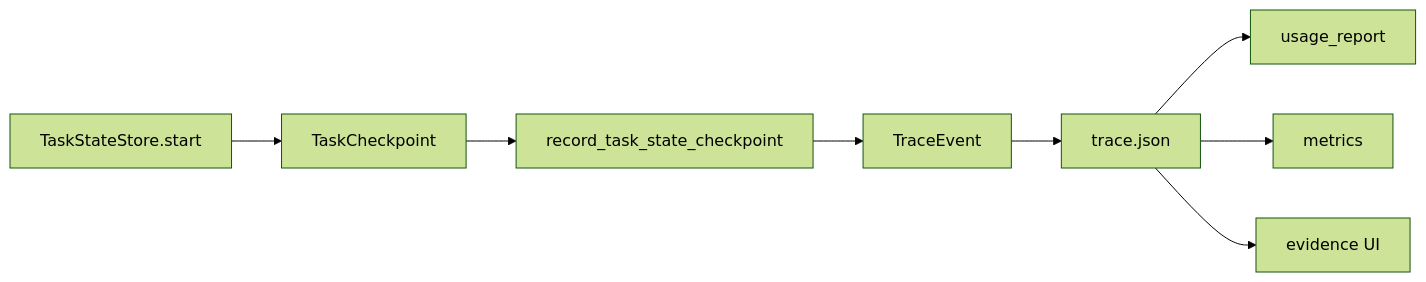
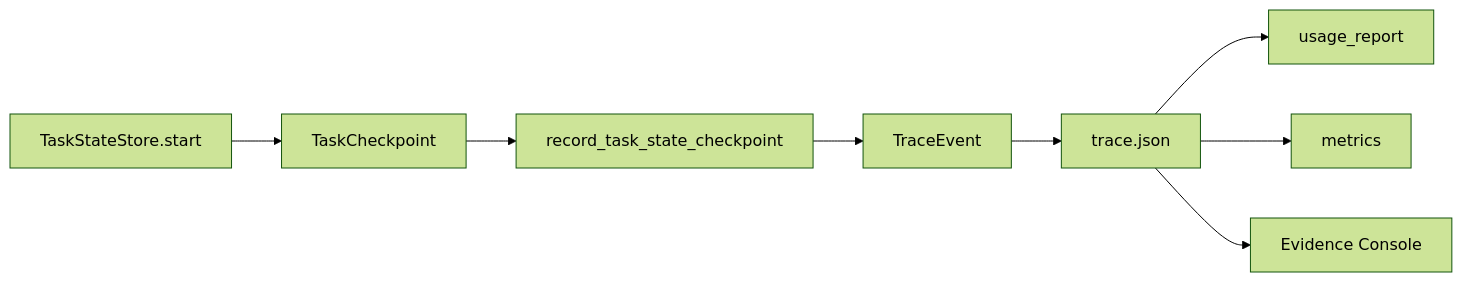
The second of 5 diagrams in docs/guides/code-reading-map.md (semi-hollow/NanoHarness), drawn with Mermaid (forest theme) before and after one commit. The commit also changed other lines of this file and 24 other files, not shown here.

````diff
--- a/docs/guides/code-reading-map.md
+++ b/docs/guides/code-reading-map.md
@@ -135,10 +131,10 @@
 ```mermaid
 flowchart LR
     Start["TaskStateStore.start"] --> Object["TaskCheckpoint"]
     Object --> Method["record_task_state_checkpoint"]
     Method --> Event["TraceEvent"]
     Event --> JSON["trace.json"]
     JSON --> Usage["usage_report"]
     JSON --> Metrics["metrics"]
-    JSON --> UI["evidence UI"]
+    JSON --> UI["Evidence Console"]
 ```
````
